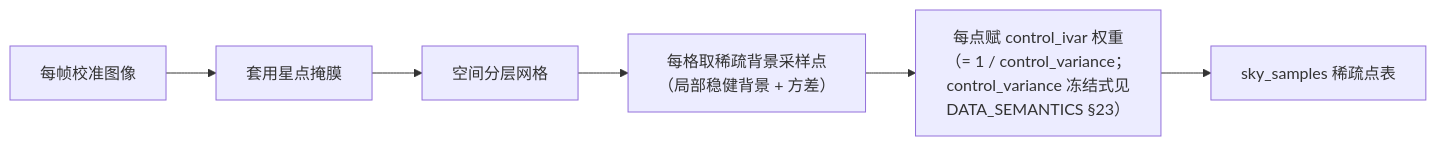
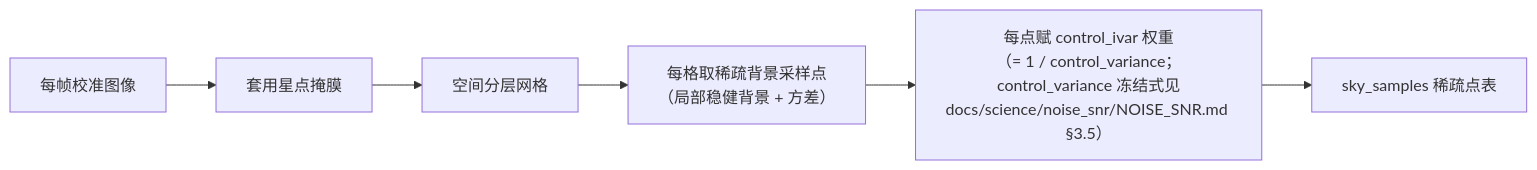
Before and after one commit to fujiaze/Astro-CS-Database: the diagram in docs/detail/registry/acsd.phase2.sample.md, drawn with Mermaid. The commit also changed other lines of this file and 285 other files, not shown here.

````diff
--- a/docs/detail/registry/acsd.phase2.sample.md
+++ b/docs/detail/registry/acsd.phase2.sample.md
@@ -98,8 +98,8 @@
 ```mermaid
 flowchart LR
     F["每帧校准图像"] --> M["套用星点掩膜"]
     M --> GRID["空间分层网格"]
     GRID --> P["每格取稀疏背景采样点<br/>（局部稳健背景 + 方差）"]
-    P --> W["每点赋 control_ivar 权重<br/>（= 1 / control_variance；<br/>control_variance 冻结式见<br/>DATA_SEMANTICS §23）"]
+    P --> W["每点赋 control_ivar 权重<br/>（= 1 / control_variance；<br/>control_variance 冻结式见<br/>docs/science/noise_snr/NOISE_SNR.md §3.5）"]
     W --> OUT["sky_samples 稀疏点表"]
 ```
````
